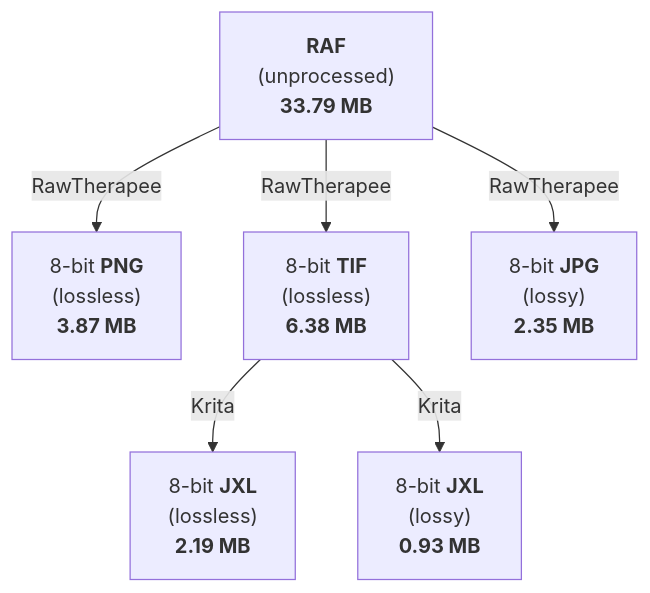
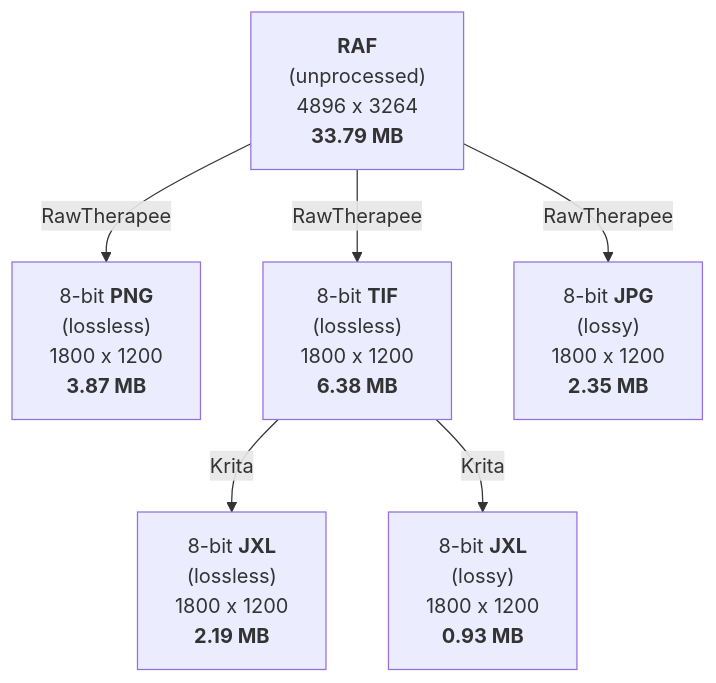
The diagram in size-comparison.md (martbetz/Exploring-JXL), drawn with Mermaid before and after one commit.

````diff
--- a/size-comparison.md
+++ b/size-comparison.md
@@ -3,8 +3,8 @@
 ```mermaid 
     graph TD
-    A["<b>RAF</b><br>(unprocessed)</br><b>33.79 MB</b>"] -- RawTherapee --> B["8-bit <b>PNG</b><br>(lossless)<br><b>3.87 MB</b>"]
-    A["<b>RAF</b><br>(unprocessed)</br><b>33.79 MB</b>"] -- RawTherapee --> C["<b>TIF</b><br>(lossless)</br><b>33.79 MB</b>"]
-    A["<b>RAF</b><br>(unprocessed)</br><b>33.79 MB</b>"] -- RawTherapee --> D["8-bit <b>JPG</b><br>(lossy)<br><b>2.35 MB</b>"]
-    C["8-bit <b>TIF</b><br>(lossless)<br><b>6.38 MB</b>"] -- Krita --> E["8-bit <b>JXL</b><br>(lossless)<br><b>2.19 MB</b>"]
-    C["8-bit <b>TIF</b><br>(lossless)<br><b>6.38 MB</b>"] -- Krita --> F["8-bit <b>JXL</b><br>(lossy)<br><b>0.93 MB</b>"]
+    A["<b>RAF</b><br>(unprocessed)<br>4896 x 3264<br><b>33.79 MB</b>"] -- RawTherapee --> B["8-bit <b>PNG</b><br>(lossless)<br>1800 x 1200<br><b>3.87 MB</b>"]
+    A["<b>RAF</b><br>(unprocessed)<br>4896 x 3264<br><b>33.79 MB</b>"] -- RawTherapee --> C["<b>TIF</b><br>(lossless)<br>1800 x 1200<br><b>33.79 MB</b>"]
+    A["<b>RAF</b><br>(unprocessed)<br>4896 x 3264<br><b>33.79 MB</b>"] -- RawTherapee --> D["8-bit <b>JPG</b><br>(lossy)<br>1800 x 1200 <br><b>2.35 MB</b>"]
+    C["8-bit <b>TIF</b><br>(lossless)<br>1800 x 1200<br><b>6.38 MB</b>"] -- Krita --> E["8-bit <b>JXL</b><br>(lossless) <br>1800 x 1200<br><b>2.19 MB</b>"]
+    C["8-bit <b>TIF</b><br>(lossless)<br>1800 x 1200<br><b>6.38 MB</b>"] -- Krita --> F["8-bit <b>JXL</b><br>(lossy)<br>1800 x 1200 <br><b>0.93 MB</b>"]
 ```
````
